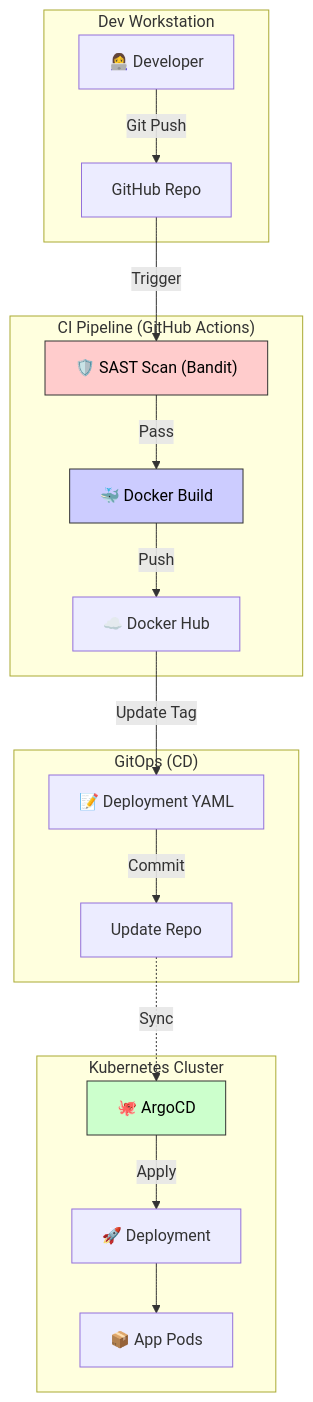
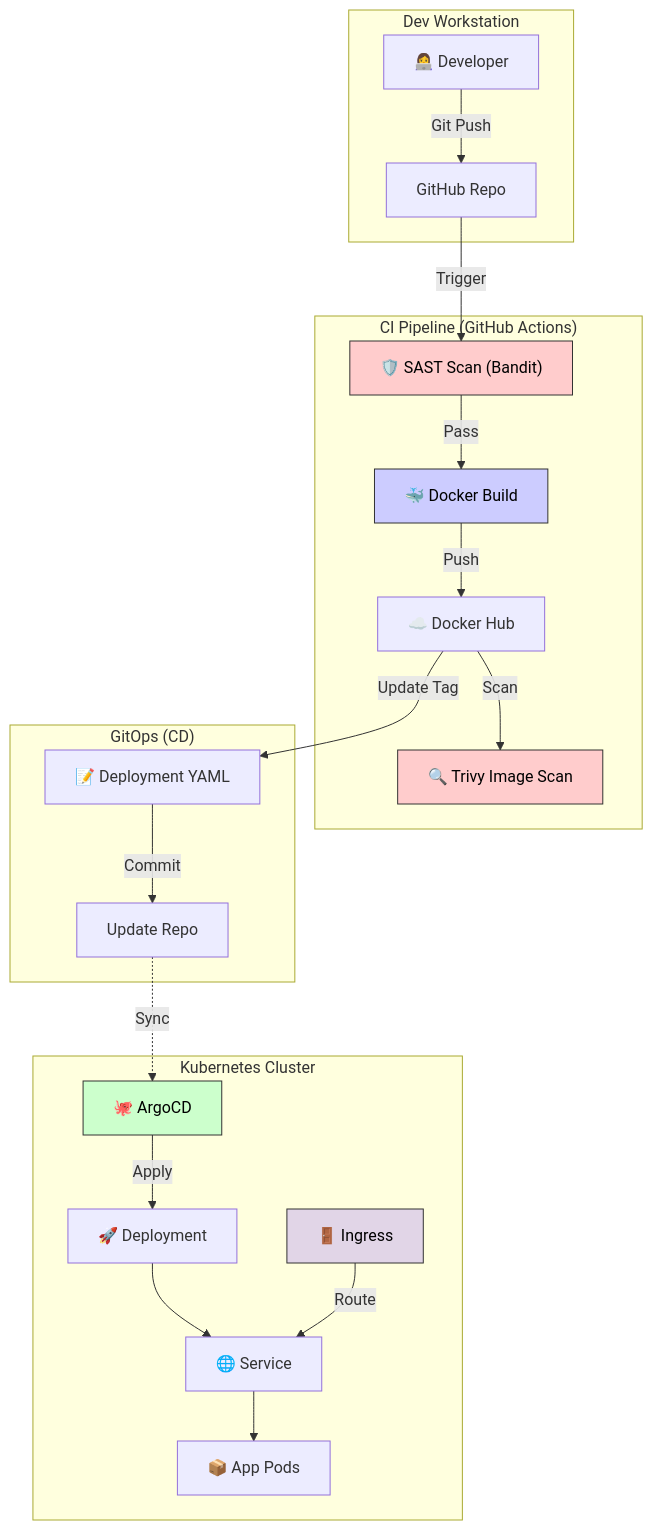
Before and after one commit to Viktoria75/devops-finalproject: the diagram in README.md, drawn with Mermaid. The commit also changed other lines of this file and 3 other files, not shown here.

Commit message:
Added Trivy and Ingress

````diff
--- a/README.md
+++ b/README.md
@@ -44,27 +45,32 @@
 ```mermaid
 graph TD
     subgraph "Dev Workstation"
         Dev[👩‍💻 Developer] -->|Git Push| GH[GitHub Repo]
     end
 
     subgraph "CI Pipeline (GitHub Actions)"
         GH -->|Trigger| Bandit["🛡️ SAST Scan (Bandit)"]
         Bandit -->|Pass| Docker[🐳 Docker Build]
         Docker -->|Push| Hub[☁️ Docker Hub]
+        Hub -->|Scan| Trivy[🔍 Trivy Image Scan]
     end
 
     subgraph "GitOps (CD)"
         Hub -->|Update Tag| Manifest[📝 Deployment YAML]
         Manifest -->|Commit| GitOps[Update Repo]
     end
 
     subgraph "Kubernetes Cluster"
         GitOps -.->|Sync| ArgoCD[🐙 ArgoCD]
         ArgoCD -->|Apply| K8s[🚀 Deployment]
-        K8s --> Pod[📦 App Pods]
+        K8s --> Service[🌐 Service]
+        Service --> Pod[📦 App Pods]
+        Ingress[🚪 Ingress] -->|Route| Service
     end
 
     style Bandit fill:#ffcccc,stroke:#333,color:black
     style ArgoCD fill:#ccffcc,stroke:#333,color:black
     style Docker fill:#ccf,stroke:#333,color:black
+    style Trivy fill:#ffcccc,stroke:#333,color:black
+    style Ingress fill:#e1d5e7,stroke:#333,color:black
 ```
````
